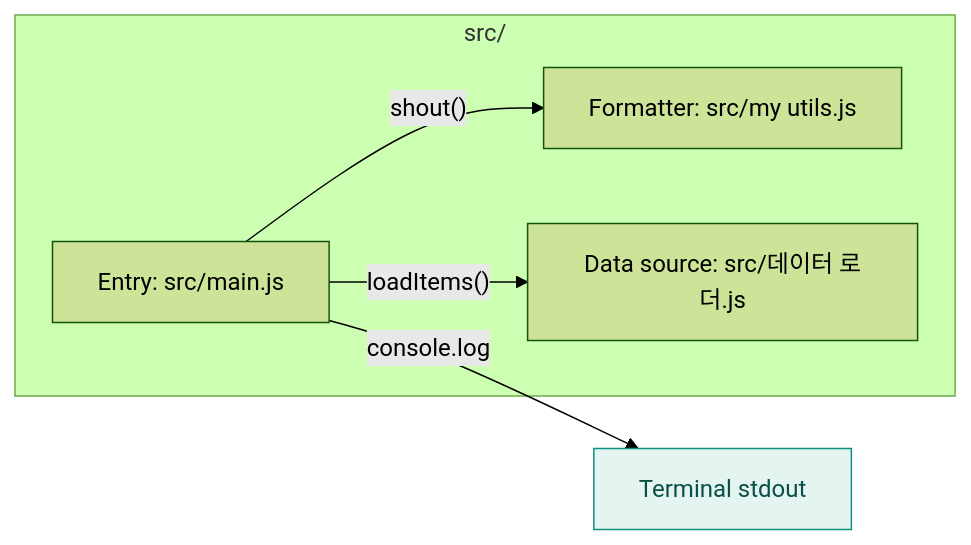
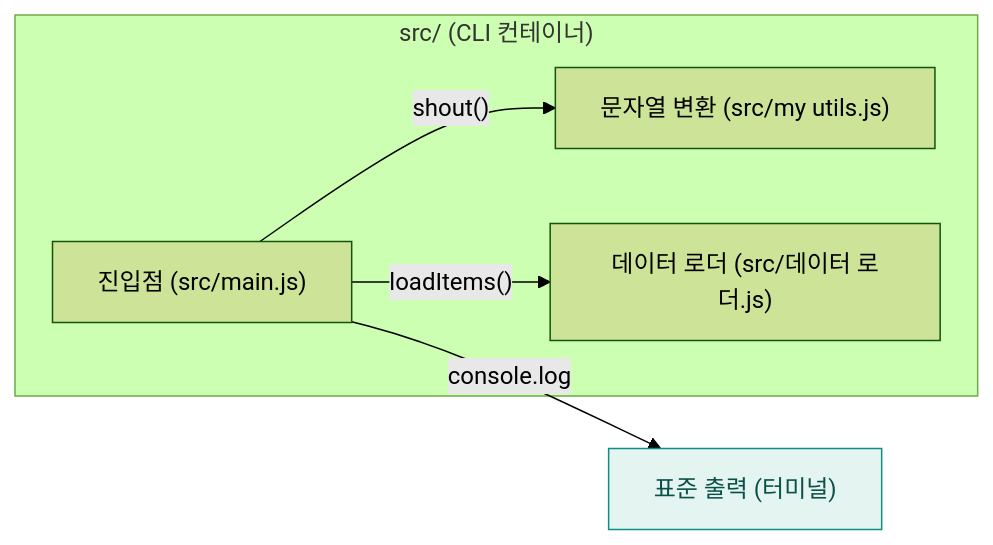
The third of 3 diagrams in examples/edge-names/docs/codemap/architecture.md (hxxnn/codemap), drawn with Mermaid (forest theme) before and after one commit. The commit also changed other lines of this file and 44 other files, not shown here.

````diff
--- a/examples/edge-names/docs/codemap/architecture.md
+++ b/examples/edge-names/docs/codemap/architecture.md
@@ -46,13 +46,13 @@
 ```mermaid
 flowchart LR
-  subgraph app["src/"]
-    main["Entry: src/main.js"]
-    utils["Formatter: src/my utils.js"]
-    loader["Data source: src/데이터 로더.js"]
+  subgraph app["src/ (CLI 컨테이너)"]
+    main["진입점 (src/main.js)"]
+    utils["문자열 변환 (src/my utils.js)"]
+    loader["데이터 로더 (src/데이터 로더.js)"]
   end
-  o["Terminal stdout"]:::external
+  out["표준 출력 (터미널)"]:::external
   main -->|"loadItems()"| loader
   main -->|"shout()"| utils
-  main -->|"console.log"| o
+  main -->|"console.log"| out
   classDef external fill:#E3F4F1,stroke:#0E8F83,color:#0B4F49
 ```
````
